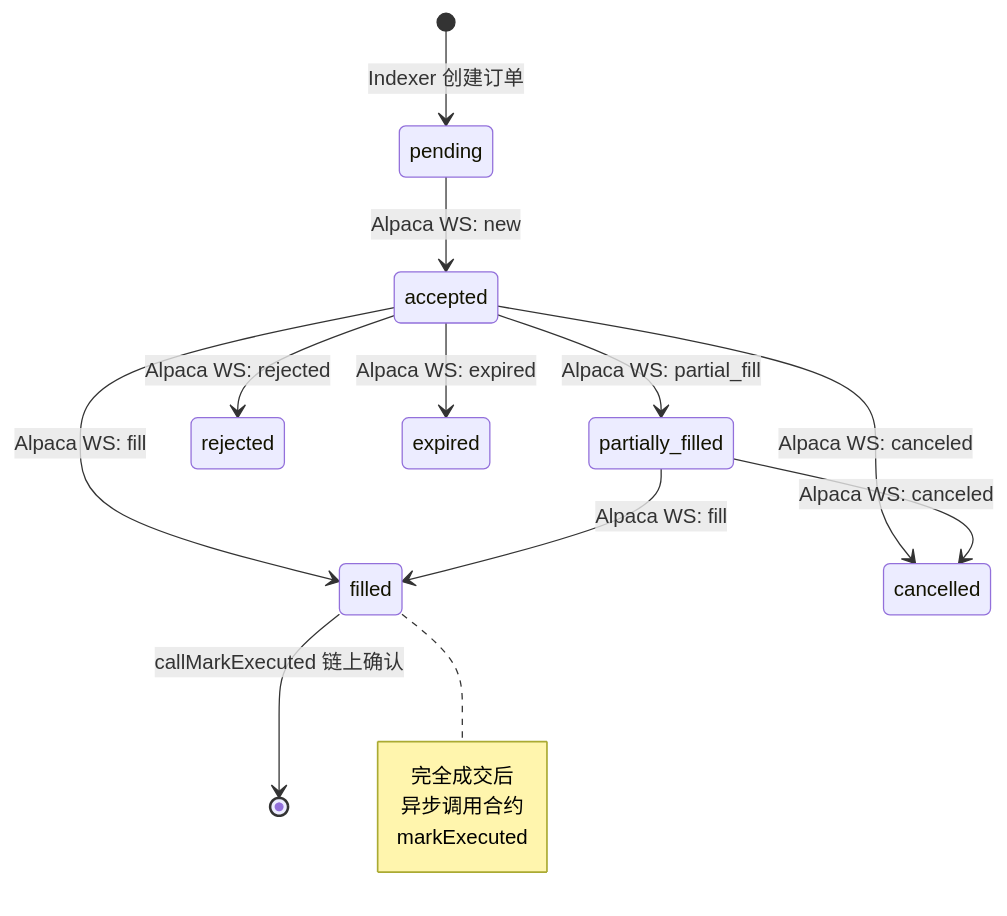
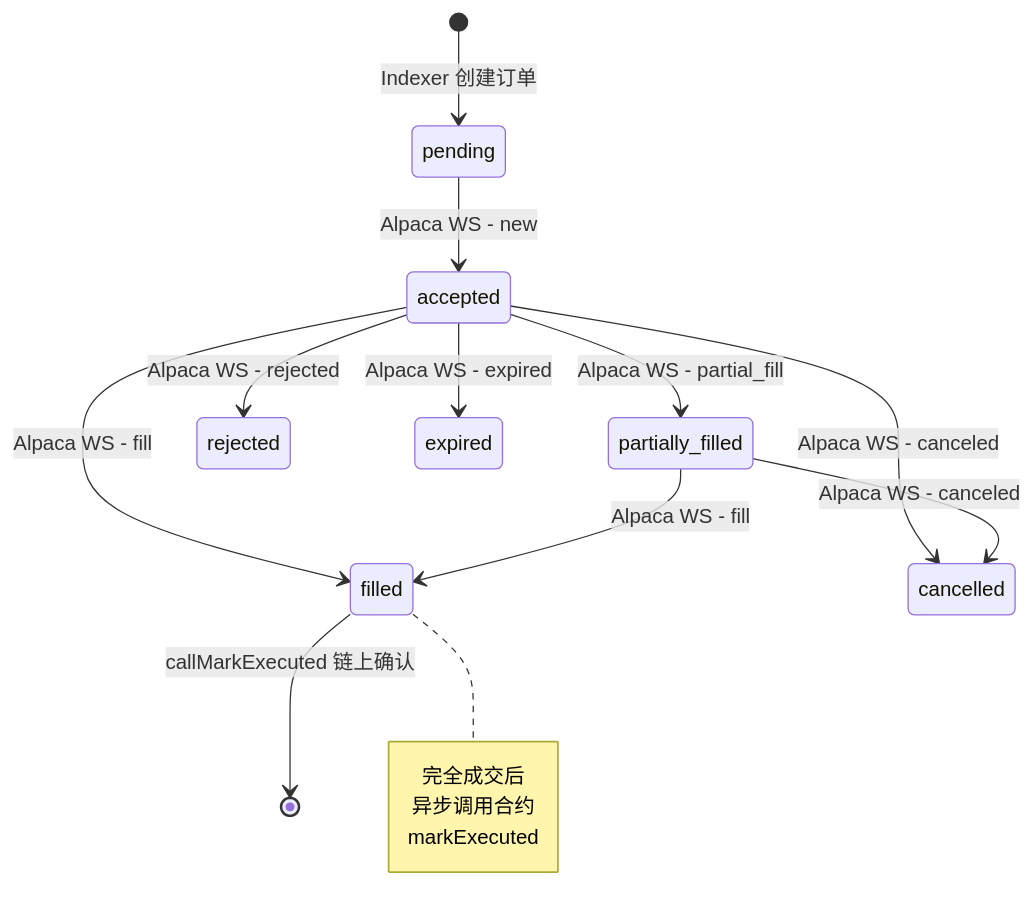
The tenth of 12 diagrams in rwa/docs/architecture.md (Light-Alex/dapp-projects), drawn with Mermaid before and after one commit. The commit also changed other lines of this file and 56 other files, not shown here.

````diff
--- a/rwa/docs/architecture.md
+++ b/rwa/docs/architecture.md
@@ -568,18 +625,18 @@
 ```mermaid
 stateDiagram-v2
     [*] --> pending: Indexer 创建订单
 
-    pending --> accepted: Alpaca WS: new
-    accepted --> partially_filled: Alpaca WS: partial_fill
-    accepted --> filled: Alpaca WS: fill
-    accepted --> cancelled: Alpaca WS: canceled
-    accepted --> rejected: Alpaca WS: rejected
-    accepted --> expired: Alpaca WS: expired
+    pending --> accepted: Alpaca WS - new
+    accepted --> partially_filled: Alpaca WS - partial_fill
+    accepted --> filled: Alpaca WS - fill
+    accepted --> cancelled: Alpaca WS - canceled
+    accepted --> rejected: Alpaca WS - rejected
+    accepted --> expired: Alpaca WS - expired
 
-    partially_filled --> filled: Alpaca WS: fill
-    partially_filled --> cancelled: Alpaca WS: canceled
+    partially_filled --> filled: Alpaca WS - fill
+    partially_filled --> cancelled: Alpaca WS - canceled
 
     filled --> [*]: callMarkExecuted 链上确认
 
     Note right of filled: 完全成交后<br/>异步调用合约<br/>markExecuted
 ```
````
